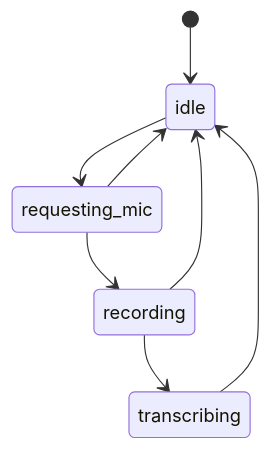
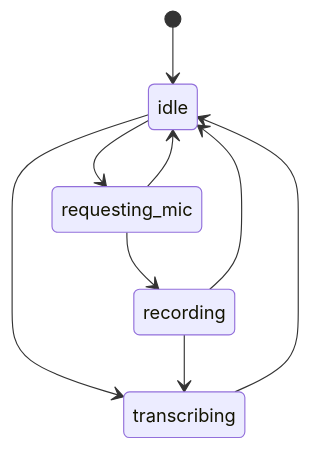
The seventh of 10 diagrams in docs/state-charts.md (manthedan/mockery), drawn with Mermaid before and after one commit. The commit also changed 22 other files, not shown here.

````diff
--- a/docs/state-charts.md
+++ b/docs/state-charts.md
@@ -106,10 +106,11 @@
 ```mermaid
 stateDiagram-v2
   [*] --> idle
   idle --> requesting_mic
+  idle --> transcribing
   recording --> idle
   recording --> transcribing
   requesting_mic --> idle
   requesting_mic --> recording
   transcribing --> idle
 ```
````
